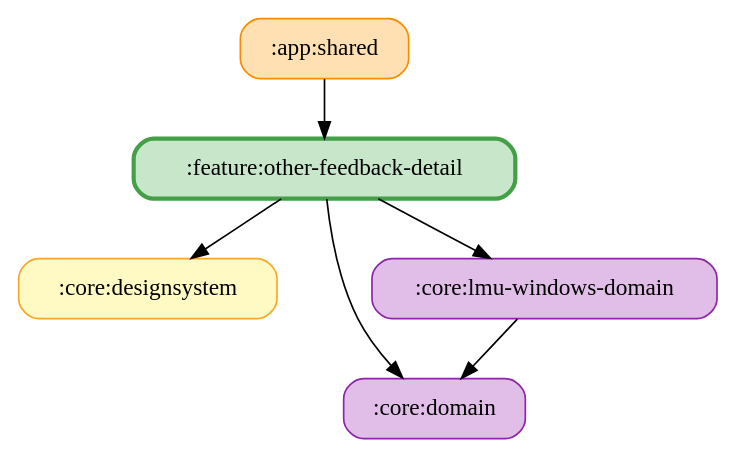
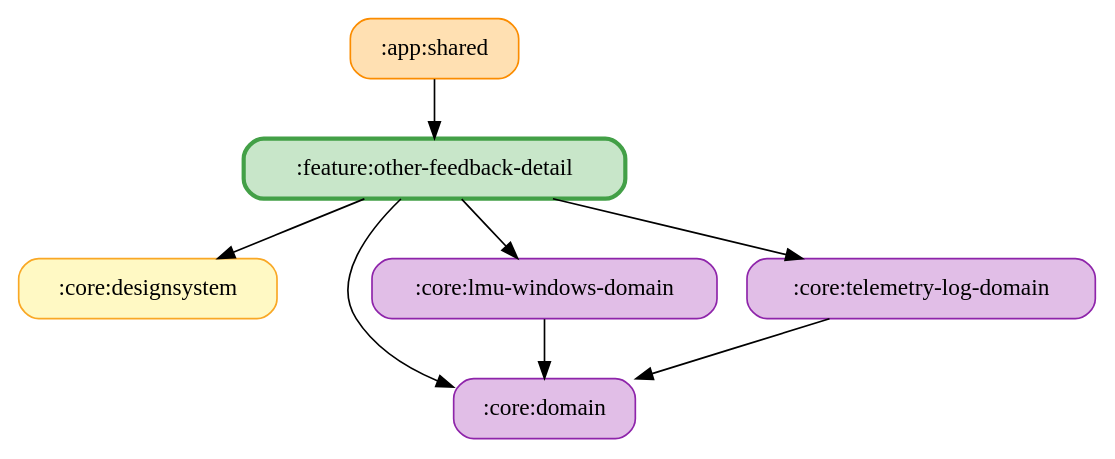
The diagram in docs/graphs/feature-other-feedback-detail.gv (ai-kurou/KoDriver), drawn with Graphviz before and after one commit. The commit also changed 43 other files, not shown here.

Commit message:
chore: update module graph images

```diff
--- a/docs/graphs/feature-other-feedback-detail.gv
+++ b/docs/graphs/feature-other-feedback-detail.gv
@@ -1,14 +1,17 @@
 digraph G {
   rankdir=TB
   node [shape=box, style="rounded,filled"]
   ":app:shared" [fillcolor="#FFE0B2", color="#FB8C00", penwidth=1]
   ":core:designsystem" [fillcolor="#FFF9C4", color="#F9A825", penwidth=1]
   ":core:domain" [fillcolor="#E1BEE7", color="#8E24AA", penwidth=1]
   ":core:lmu-windows-domain" [fillcolor="#E1BEE7", color="#8E24AA", penwidth=1]
+  ":core:telemetry-log-domain" [fillcolor="#E1BEE7", color="#8E24AA", penwidth=1]
   ":feature:other-feedback-detail" [fillcolor="#C8E6C9", color="#43A047", penwidth=2.5]
   ":app:shared" -> ":feature:other-feedback-detail"
   ":core:lmu-windows-domain" -> ":core:domain"
+  ":core:telemetry-log-domain" -> ":core:domain"
   ":feature:other-feedback-detail" -> ":core:domain"
   ":feature:other-feedback-detail" -> ":core:designsystem"
+  ":feature:other-feedback-detail" -> ":core:telemetry-log-domain"
   ":feature:other-feedback-detail" -> ":core:lmu-windows-domain"
 }
```
